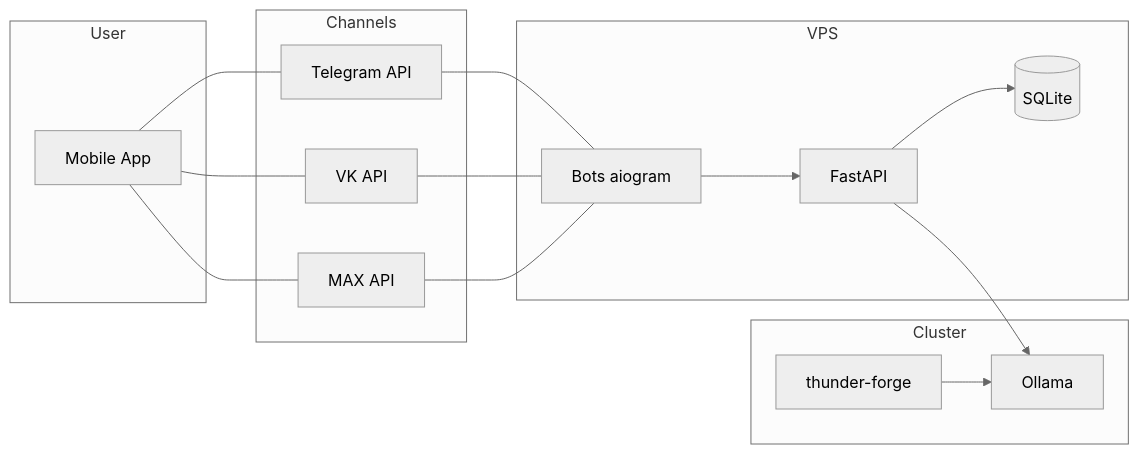
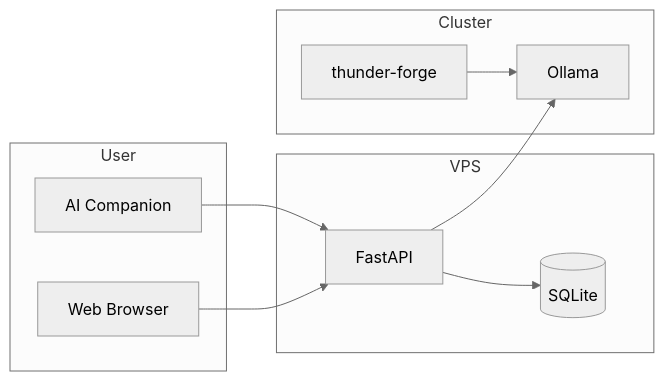
The third of 3 diagrams in README.md (shared-goals/prd), drawn with Mermaid (neutral theme) before and after one commit. The commit also changed other lines of this file, not shown here.

First line of the commit message:
refactor: remove messenger/bot references, agent-first architecture (v1.24)

````diff
--- a/README.md
+++ b/README.md
@@ -226,34 +213,23 @@
 ```mermaid
 graph LR
     subgraph User
-        Phone[Mobile App]
+        Agent[AI Companion]
+        Browser[Web Browser]
     end
 
     subgraph VPS
-        Bot[Bots aiogram]
         API[FastAPI]
         DB[(SQLite)]
-        Bot --> API
         API --> DB
     end
 
     subgraph Cluster
         Ollama[Ollama]
         Thunder[thunder-forge]
         Thunder --> Ollama
     end
 
-    subgraph Channels
-        TGAPI[Telegram API]
-        VKAPI[VK API]
-        MAXAPI[MAX API]
-    end
-
-    Phone --- TGAPI
-    Phone --- VKAPI
-    Phone --- MAXAPI
-    TGAPI --- Bot
-    VKAPI --- Bot
-    MAXAPI --- Bot
+    Agent --> API
+    Browser --> API
     API --> Ollama
 ```
````
